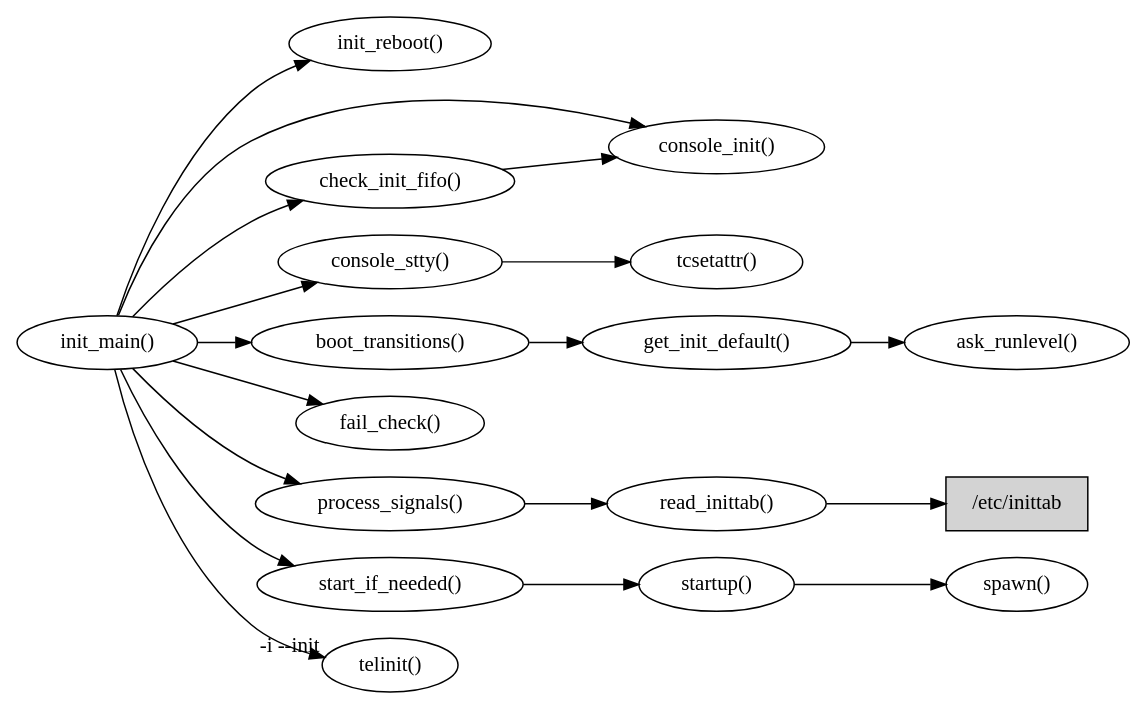
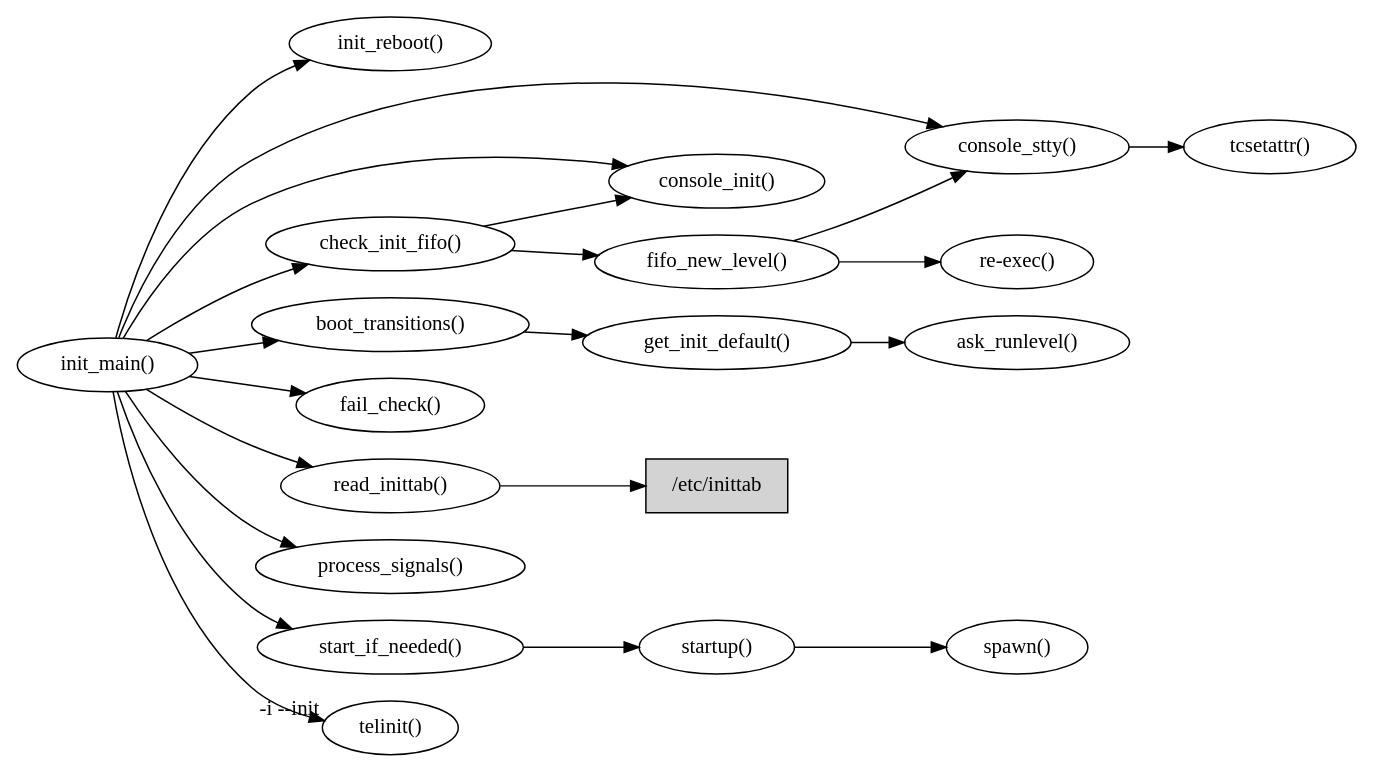
Before and after one commit to limingth/sysvinit: the diagram in pdf/figures/init_main.dot, drawn with Graphviz. The commit also changed 19 other files, not shown here.

```diff
--- a/pdf/figures/init_main.dot
+++ b/pdf/figures/init_main.dot
@@ -1,26 +1,31 @@
 digraph G
 {
 	rankdir = LR;
 
 	"init_main()" -> "init_reboot()";
 	"init_main()" -> "console_init()";
 	"init_main()" -> "console_stty()" -> "tcsetattr()";
 
 	"init_main()" -> "boot_transitions()" ;
 		"boot_transitions()" -> "get_init_default()" ;
 			"get_init_default()" -> "ask_runlevel()";
 	
 	"init_main()" -> "check_init_fifo()" -> "console_init()";
+		"check_init_fifo()" -> "fifo_new_level()";
+			"fifo_new_level()" -> "console_stty()";
+			"fifo_new_level()" -> "re-exec()";
+
 	"init_main()" -> "fail_check()";
 
+	"init_main()" -> "read_inittab()" -> "/etc/inittab";
+		"/etc/inittab" [shape="box" style="filled"];
+
 	"init_main()" -> "process_signals()" ;
-		"process_signals()" -> "read_inittab()" -> "/etc/inittab";
-		"/etc/inittab" [shape="box" style="filled"];
 
 	"init_main()" -> "start_if_needed()";
 		"start_if_needed()" -> "startup()";
 			"startup()" -> "spawn()" ;
 
 	"init_main()" -> "telinit()" [headlabel="-i --init"];
 
 }
```
